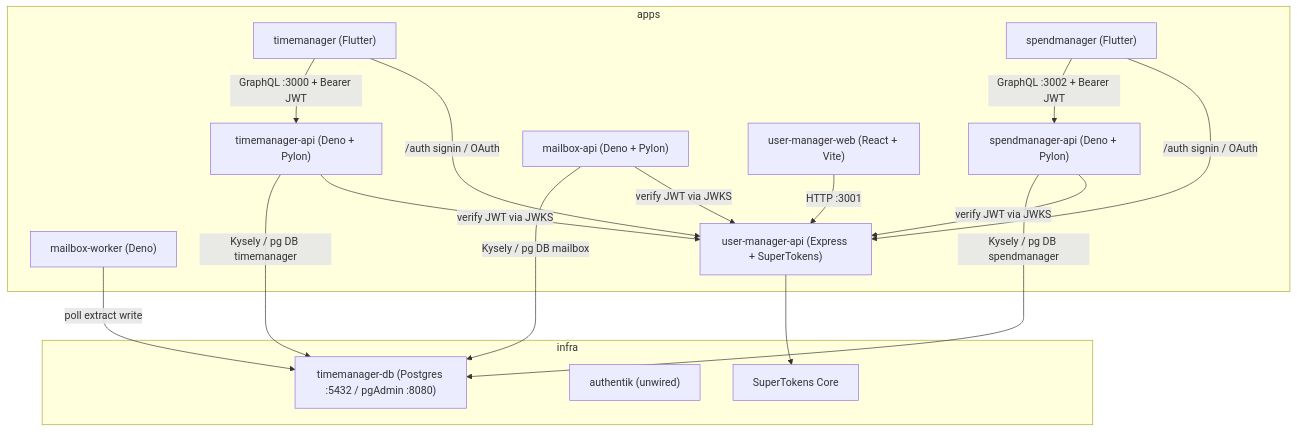
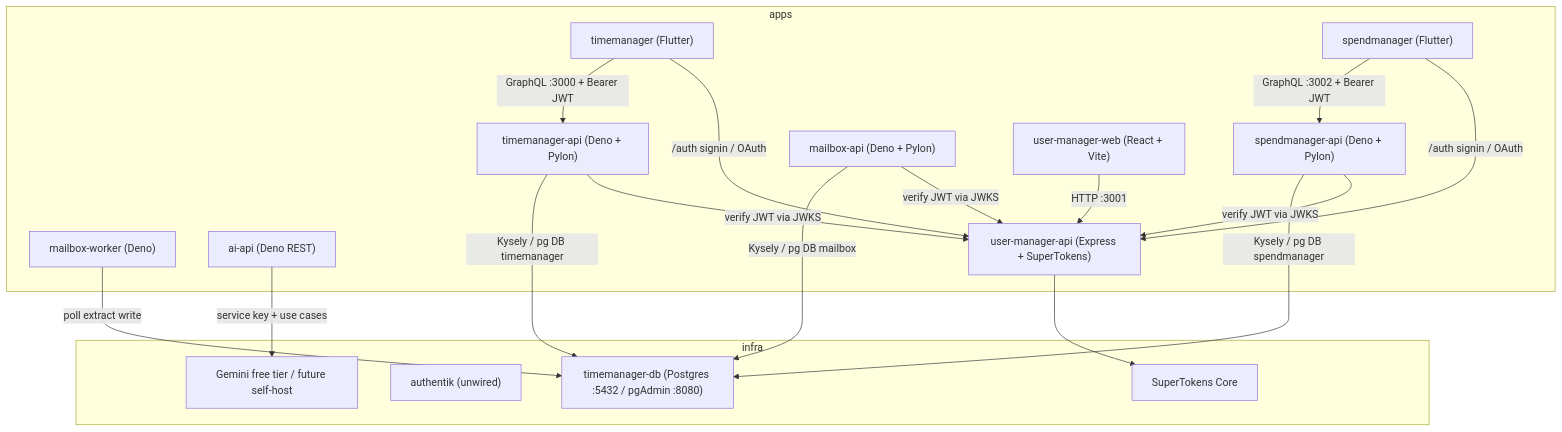
One commit to DanEscamilla/timemanager changed the diagram in .ai/architecture.md. Above: the diagram before and after it, drawn with Mermaid. The commit also changed other lines of this file and 43 other files, not shown here.

````diff
--- a/.ai/architecture.md
+++ b/.ai/architecture.md
@@ -7,31 +7,34 @@
 ```mermaid
 flowchart TB
   subgraph apps [apps]
     TM["timemanager (Flutter)"]
     TMA["timemanager-api (Deno + Pylon)"]
     SM["spendmanager (Flutter)"]
     SMA["spendmanager-api (Deno + Pylon)"]
     MBA["mailbox-api (Deno + Pylon)"]
     MBW["mailbox-worker (Deno)"]
+    AIA["ai-api (Deno REST)"]
     UMW["user-manager-web (React + Vite)"]
     UMA["user-manager-api (Express + SuperTokens)"]
   end
   subgraph infra [infra]
     DB["timemanager-db (Postgres :5432 / pgAdmin :8080)"]
     AUTH["authentik (unwired)"]
     STC["SuperTokens Core"]
+    GEM["Gemini free tier / future self-host"]
   end
   TM -->|"/auth signin / OAuth"| UMA
   TM -->|"GraphQL :3000 + Bearer JWT"| TMA
   TMA -->|"verify JWT via JWKS"| UMA
   TMA -->|"Kysely / pg DB timemanager"| DB
   SM -->|"/auth signin / OAuth"| UMA
   SM -->|"GraphQL :3002 + Bearer JWT"| SMA
   SMA -->|"verify JWT via JWKS"| UMA
   SMA -->|"Kysely / pg DB spendmanager"| DB
   MBA -->|"verify JWT via JWKS"| UMA
   MBA -->|"Kysely / pg DB mailbox"| DB
   MBW -->|"poll extract write"| DB
+  AIA -->|"service key + use cases"| GEM
   UMW -->|"HTTP :3001"| UMA
   UMA --> STC
 ```
````
